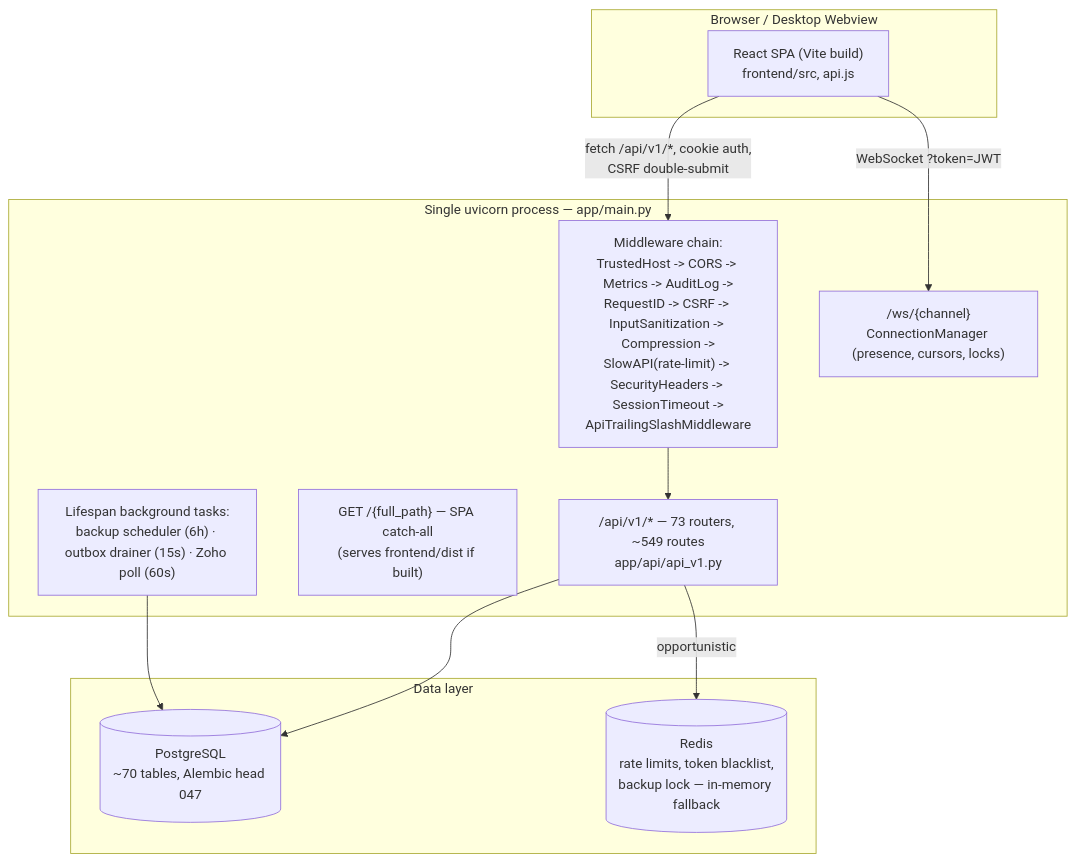
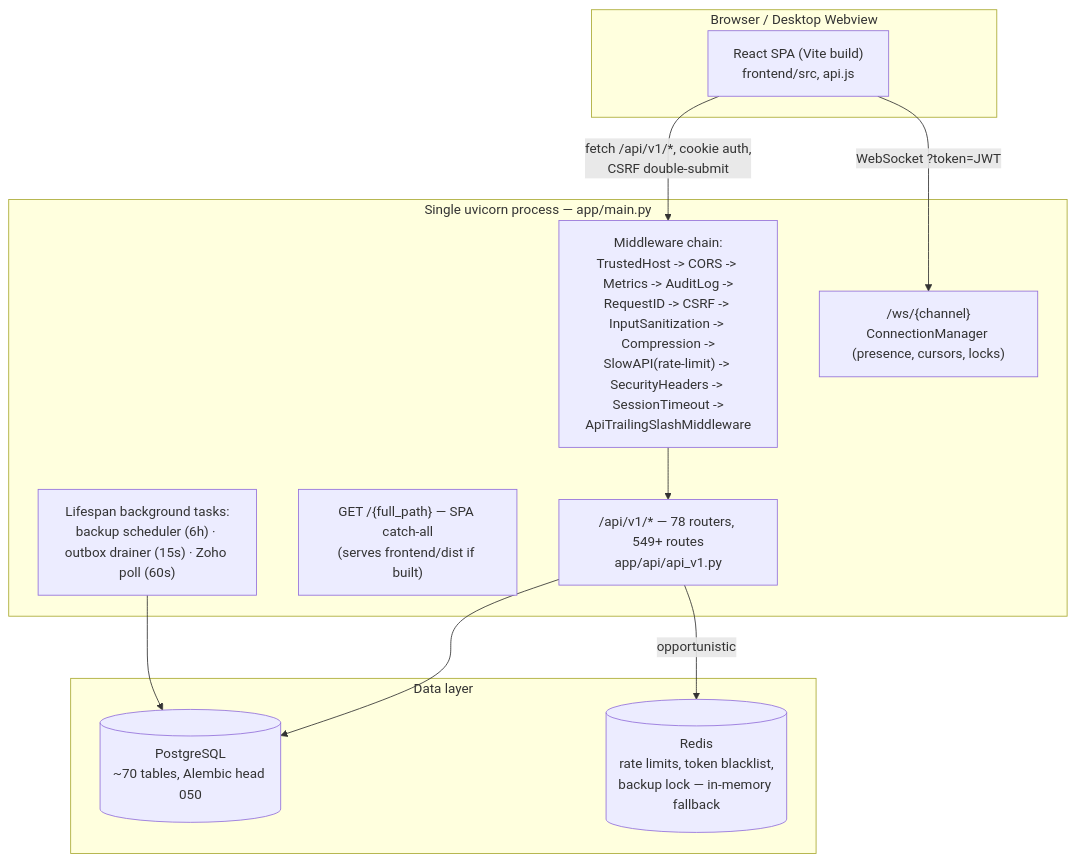
Before and after one commit to Sumanth-Raj14/BBF-BOM: the first of 6 diagrams in PROJECT_FEATURES_DOCUMENTATION.md, drawn with Mermaid. The commit also changed other lines of this file and 15 other files, not shown here.

````diff
--- a/PROJECT_FEATURES_DOCUMENTATION.md
+++ b/PROJECT_FEATURES_DOCUMENTATION.md
@@ -97,24 +102,24 @@
 ```mermaid
 flowchart TB
     subgraph Client["Browser / Desktop Webview"]
         SPA["React SPA (Vite build)\nfrontend/src, api.js"]
     end
 
     subgraph Server["Single uvicorn process — app/main.py"]
         MW["Middleware chain:\nTrustedHost -> CORS -> Metrics -> AuditLog ->\nRequestID -> CSRF -> InputSanitization -> Compression ->\nSlowAPI(rate-limit) -> SecurityHeaders -> SessionTimeout ->\nApiTrailingSlashMiddleware"]
-        API["/api/v1/* — 73 routers, ~549 routes\napp/api/api_v1.py"]
+        API["/api/v1/* — 78 routers, 549+ routes\napp/api/api_v1.py"]
         WS["/ws/{channel}\nConnectionManager (presence, cursors, locks)"]
         SPAROUTE["GET /{full_path} — SPA catch-all\n(serves frontend/dist if built)"]
         BG["Lifespan background tasks:\nbackup scheduler (6h) · outbox drainer (15s) · Zoho poll (60s)"]
     end
 
     subgraph Data["Data layer"]
-        PG[("PostgreSQL\n~70 tables, Alembic head 047")]
+        PG[("PostgreSQL\n~70 tables, Alembic head 050")]
         REDIS[("Redis\nrate limits, token blacklist,\nbackup lock — in-memory fallback")]
     end
 
     SPA -- "fetch /api/v1/*, cookie auth,\nCSRF double-submit" --> MW --> API --> PG
     SPA -- "WebSocket ?token=JWT" --> WS
     API -- "opportunistic" --> REDIS
     BG --> PG
 ```
````
